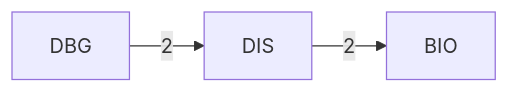
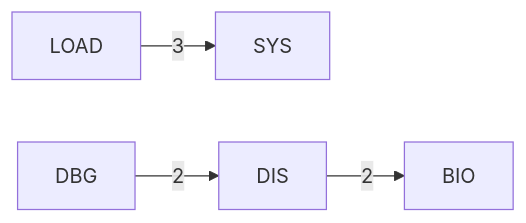
The fourth of 7 diagrams in DOC/GENERATED/ROUTINE_CLASS_DIAGRAM.md (95westus/R-YORS), drawn with Mermaid before and after one commit. The commit also changed other lines of this file and 53 other files, not shown here.

````diff
--- a/DOC/GENERATED/ROUTINE_CLASS_DIAGRAM.md
+++ b/DOC/GENERATED/ROUTINE_CLASS_DIAGRAM.md
@@ -62,5 +62,6 @@
 ```mermaid
 flowchart LR
+    P_LOAD[LOAD] -->|3| P_SYS[SYS]
     P_DBG[DBG] -->|2| P_DIS[DIS]
     P_DIS[DIS] -->|2| P_BIO[BIO]
 ```
````
